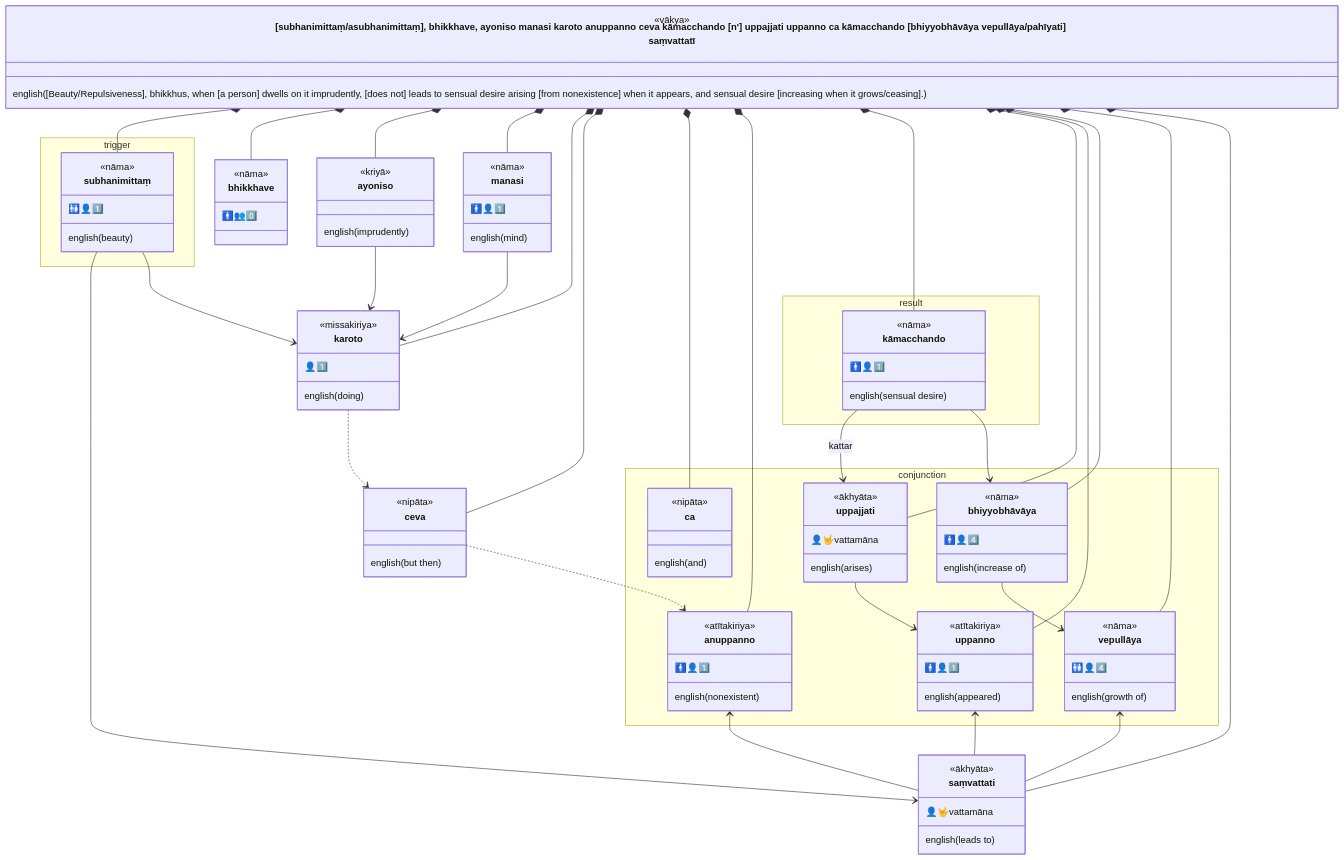
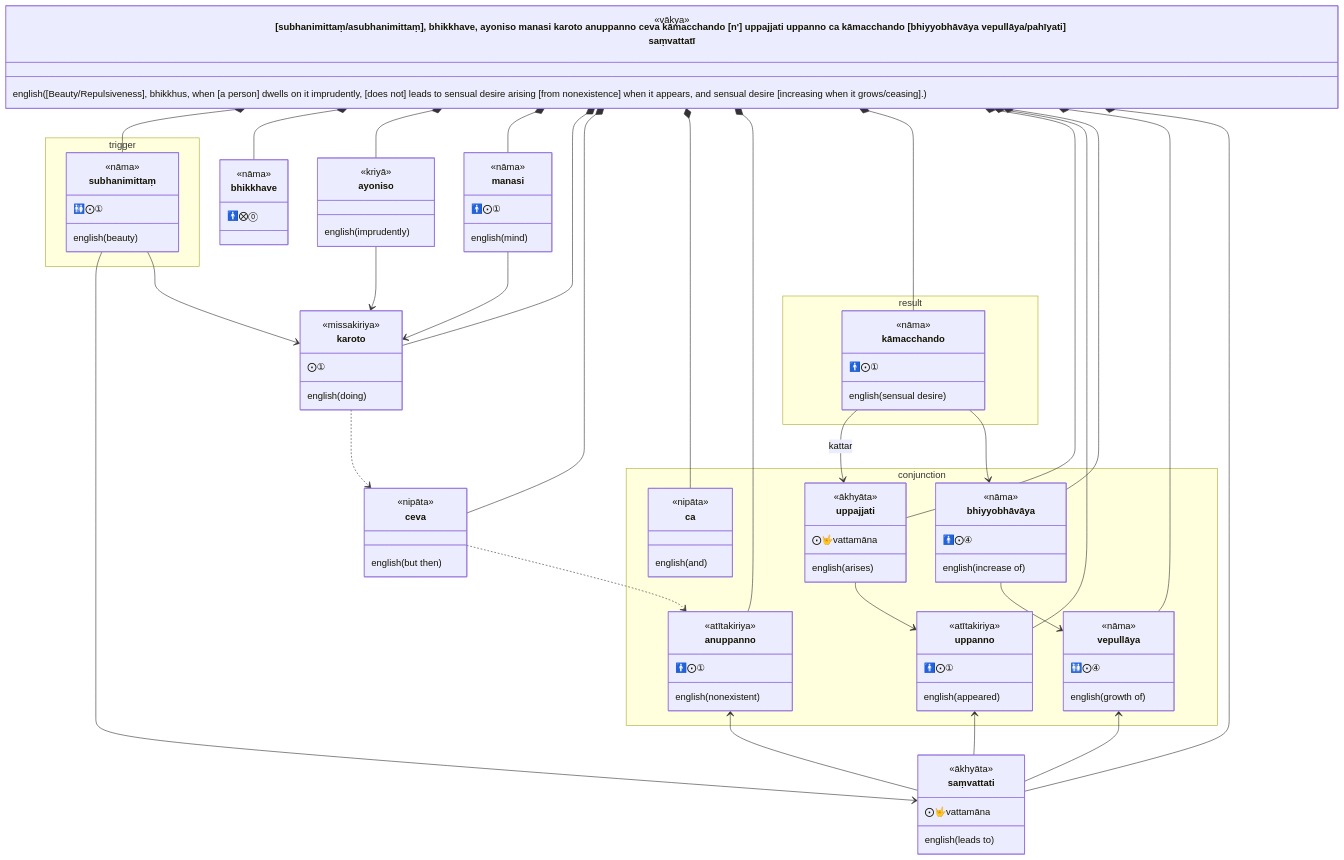
Before and after one commit to ChristineTham/buddhavacana: the second of 3 diagrams in content/en/docs/Sutta/aṅguttaranikāyo/ekakanipātapāḷi/nīvaraṇappahānavaggo.md, drawn with Mermaid. The commit also changed other lines of this file and 71 other files, not shown here.

```diff
--- a/content/en/docs/Sutta/aṅguttaranikāyo/ekakanipātapāḷi/nīvaraṇappahānavaggo.md
+++ b/content/en/docs/Sutta/aṅguttaranikāyo/ekakanipātapāḷi/nīvaraṇappahānavaggo.md
@@ -175,13 +175,13 @@
   namespace trigger {
     class subhanimittaṃ {
       <<nāma>>
-      🚻👤1️⃣
+      🚻⨀①
       english(beauty)
     }
   }
   class bhikkhave {
     <<nāma>>
-    🚹👥0️⃣
+    🚹⨂⓪
   }
   class ayoniso {
     <<kriyā>>
@@ -189,18 +189,18 @@
   }
   class manasi {
     <<nāma>>
-    🚹👤1️⃣
+    🚹⨀①
     english(mind)
   }
   class karoto {
     <<missakiriya>>
-    👤1️⃣
+    ⨀①
     english(doing)
   }
   namespace result {
     class kāmacchando {
       <<nāma>>
-      🚹👤1️⃣
+      🚹⨀①
       english(sensual desire)
     }
   }
@@ -215,33 +215,33 @@
     }
     class anuppanno {
       <<atītakiriya>>
-      🚹👤1️⃣
+      🚹⨀①
       english(nonexistent)
     }
     class uppajjati {
       <<ākhyāta>>
-      👤🤟vattamāna
+      ⨀🤟vattamāna
       english(arises)
     }
     class uppanno {
       <<atītakiriya>>
-      🚹👤1️⃣
+      🚹⨀①
       english(appeared)
     }
     class bhiyyobhāvāya {
       <<nāma>>
-      🚹👤4️⃣
+      🚹⨀④
       english(increase of)
     }
     class vepullāya {
       <<nāma>>
-      🚻👤4️⃣
+      🚻⨀④
       english(growth of)
     }
   }
   class saṃvattati {
     <<ākhyāta>>
-    👤🤟vattamāna
+    ⨀🤟vattamāna
     english(leads to)
   }
   sentence *-- subhanimittaṃ
```
